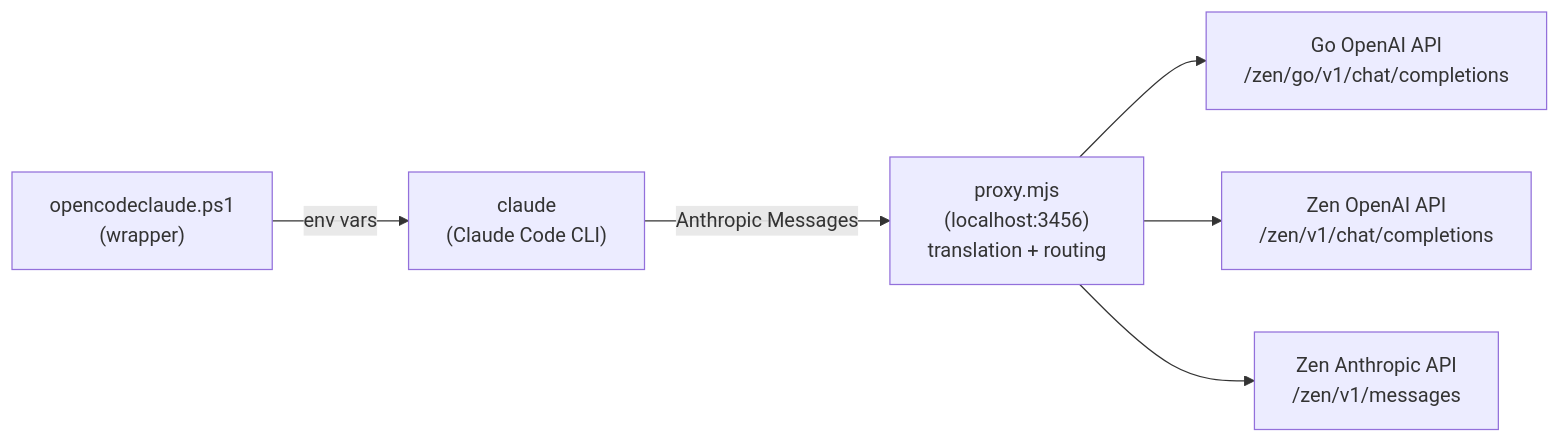
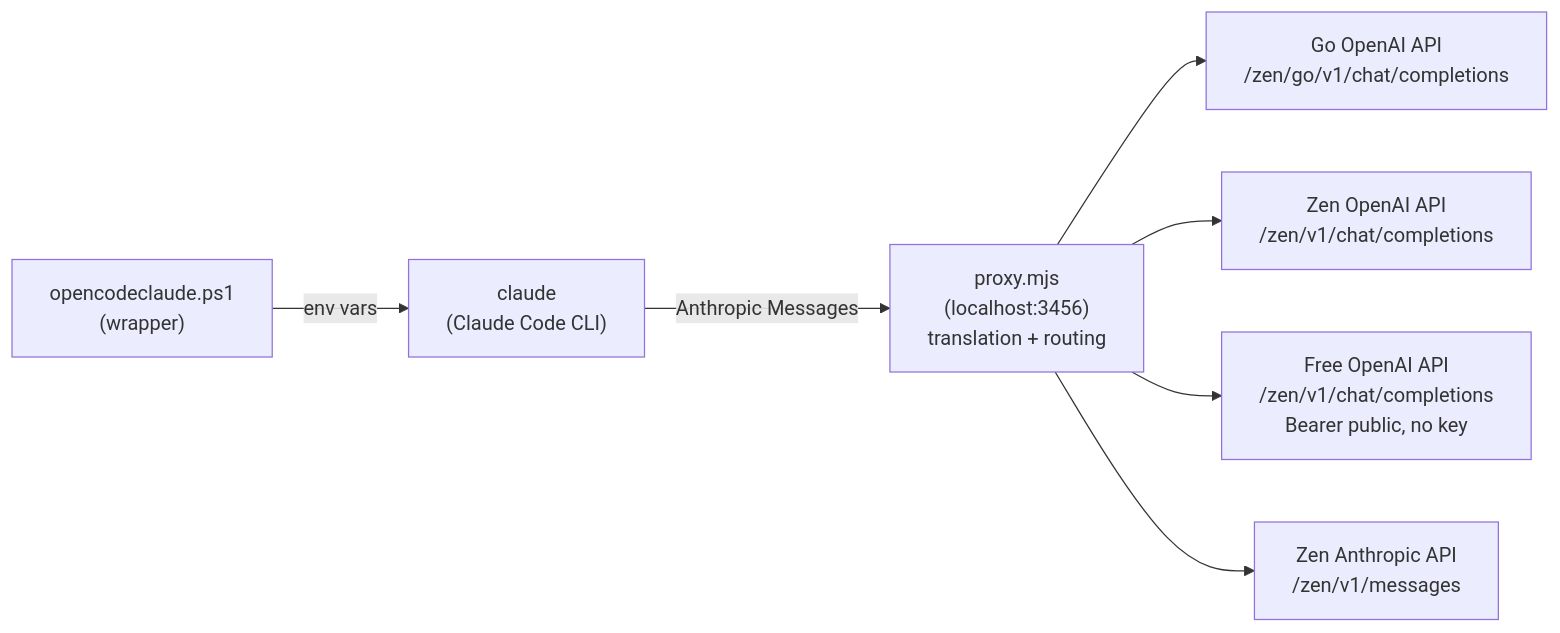
The diagram in README.md (dimassfeb-09/opencodeclaude), drawn with Mermaid before and after one commit. The commit also changed other lines of this file and 2 other files, not shown here.

First line of the commit message:
Add OpenCode Free plan support: opencode identity headers, stable session, reasoning injection

````diff
--- a/README.md
+++ b/README.md
@@ -40,8 +41,9 @@
 ```mermaid
 flowchart LR
     W["opencodeclaude.ps1<br/>(wrapper)"] -->|"env vars"| C["claude<br/>(Claude Code CLI)"]
     C -->|"Anthropic Messages"| P["proxy.mjs<br/>(localhost:3456)<br/>translation + routing"]
     P --> G["Go OpenAI API<br/>/zen/go/v1/chat/completions"]
     P --> ZO["Zen OpenAI API<br/>/zen/v1/chat/completions"]
+    P --> ZF["Free OpenAI API<br/>/zen/v1/chat/completions<br/>Bearer public, no key"]
     P --> ZA["Zen Anthropic API<br/>/zen/v1/messages"]
 ```
````
